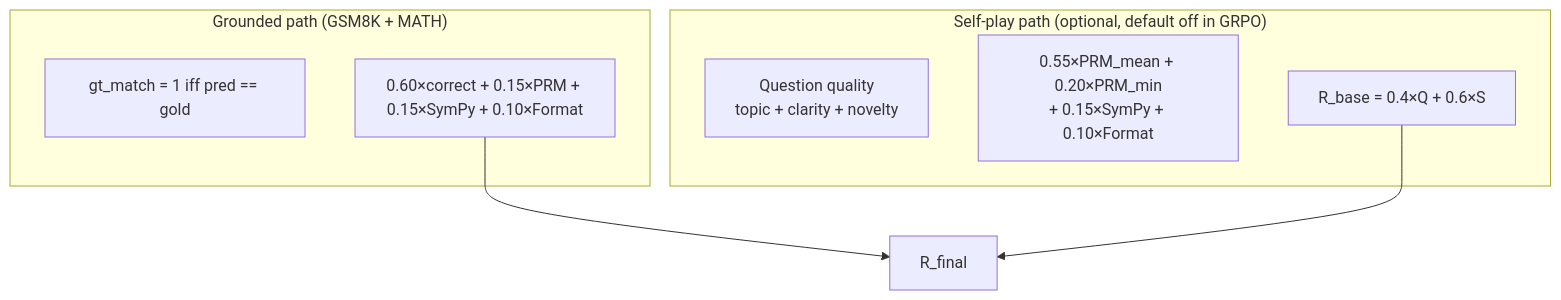
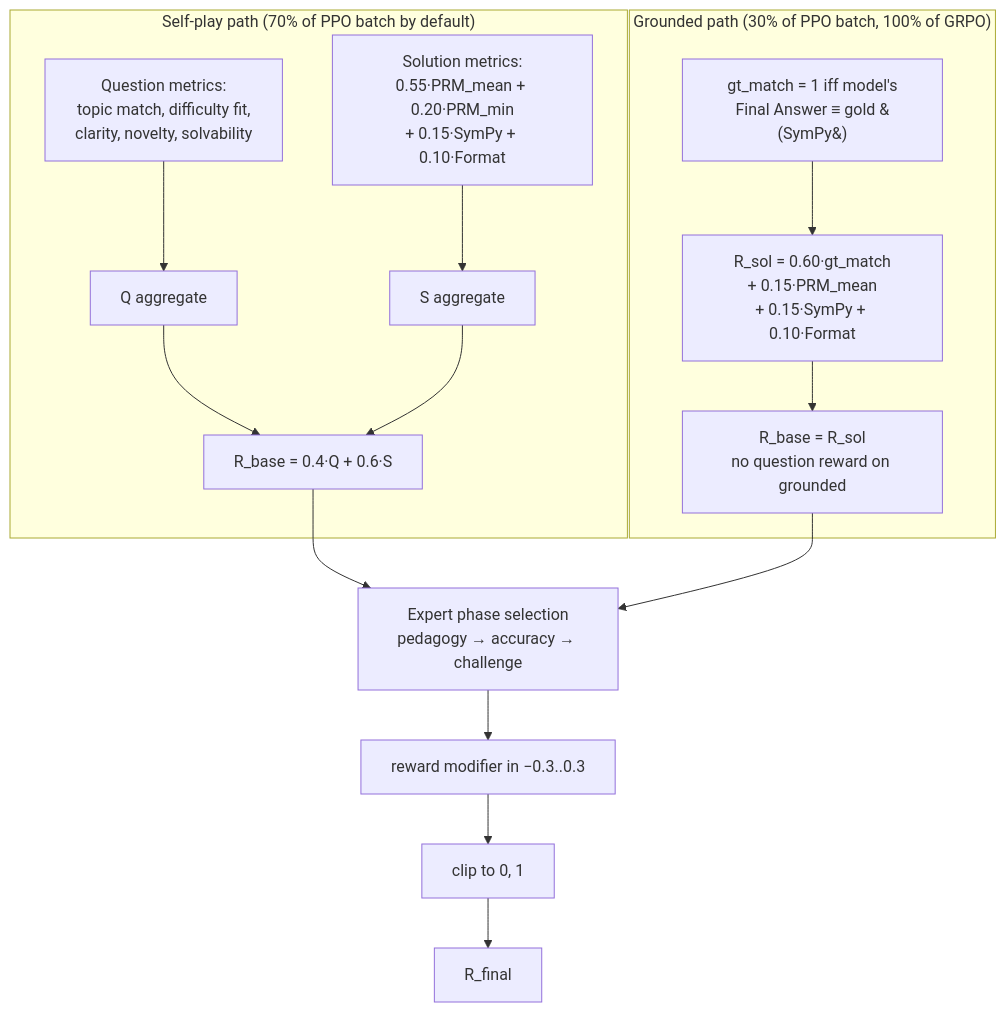
One commit to Prem01-cyber/finetune_qwen changed the second of 5 diagrams in README.md. Above: the diagram before and after it, drawn with Mermaid. The commit also changed other lines of this file and 3 other files, not shown here.

````diff
--- a/README.md
+++ b/README.md
@@ -415,16 +486,33 @@
 ```mermaid
 flowchart TD
-    subgraph SP["Self-play path (optional, default off in GRPO)"]
-        QM[Question quality<br/>topic + clarity + novelty]
-        SP_SOL[0.55×PRM_mean + 0.20×PRM_min<br/>+ 0.15×SymPy + 0.10×Format]
-        RBASE_SP[R_base = 0.4×Q + 0.6×S]
+    subgraph SP["Self-play path (70% of PPO batch by default)"]
+        QM[Question metrics:<br/>topic match, difficulty fit,<br/>clarity, novelty, solvability]
+        SP_SOL[Solution metrics:<br/>0.55·PRM_mean + 0.20·PRM_min<br/>+ 0.15·SymPy + 0.10·Format]
+        QAGG[Q aggregate]
+        SAGG_SP[S aggregate]
+        RBASE_SP[R_base = 0.4·Q + 0.6·S]
     end
 
-    subgraph GR["Grounded path (GSM8K + MATH)"]
-        GT_MATCH[gt_match = 1 iff pred == gold]
-        GR_SOL[0.60×correct + 0.15×PRM + 0.15×SymPy + 0.10×Format]
+    subgraph GR["Grounded path (30% of PPO batch, 100% of GRPO)"]
+        GT_MATCH[gt_match = 1 iff model's<br/>Final Answer ≡ gold &#40;SymPy&#41;]
+        GR_SOL[R_sol = 0.60·gt_match<br/>+ 0.15·PRM_mean<br/>+ 0.15·SymPy + 0.10·Format]
+        RBASE_GR[R_base = R_sol<br/>no question reward on grounded]
     end
 
-    GR_SOL --> RF[R_final]
-    RBASE_SP --> RF
+    PHASE[Expert phase selection<br/>pedagogy → accuracy → challenge]
+    MOD[reward modifier in −0.3..0.3]
+    CLAMP[clip to 0, 1]
+    RF[R_final]
+
+    QM --> QAGG
+    SP_SOL --> SAGG_SP
+    QAGG --> RBASE_SP
+    SAGG_SP --> RBASE_SP
+    GT_MATCH --> GR_SOL
+    GR_SOL --> RBASE_GR
+    RBASE_SP --> PHASE
+    RBASE_GR --> PHASE
+    PHASE --> MOD
+    MOD --> CLAMP
+    CLAMP --> RF
 ```
````
